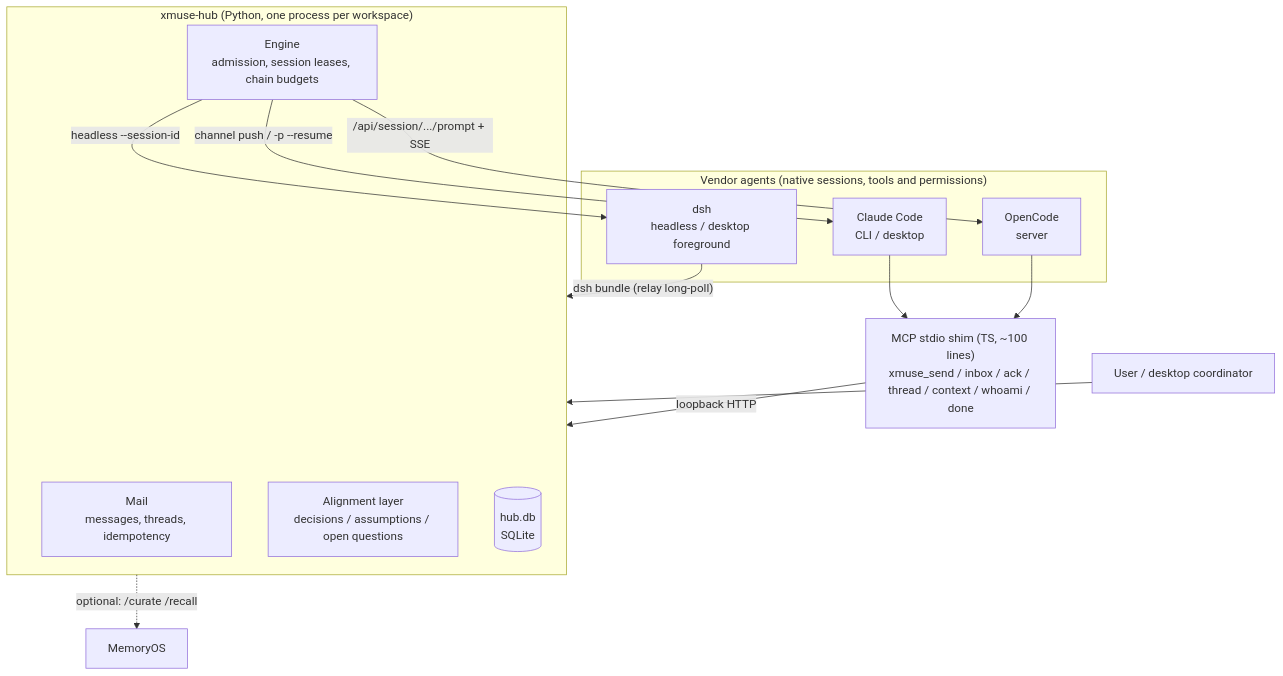
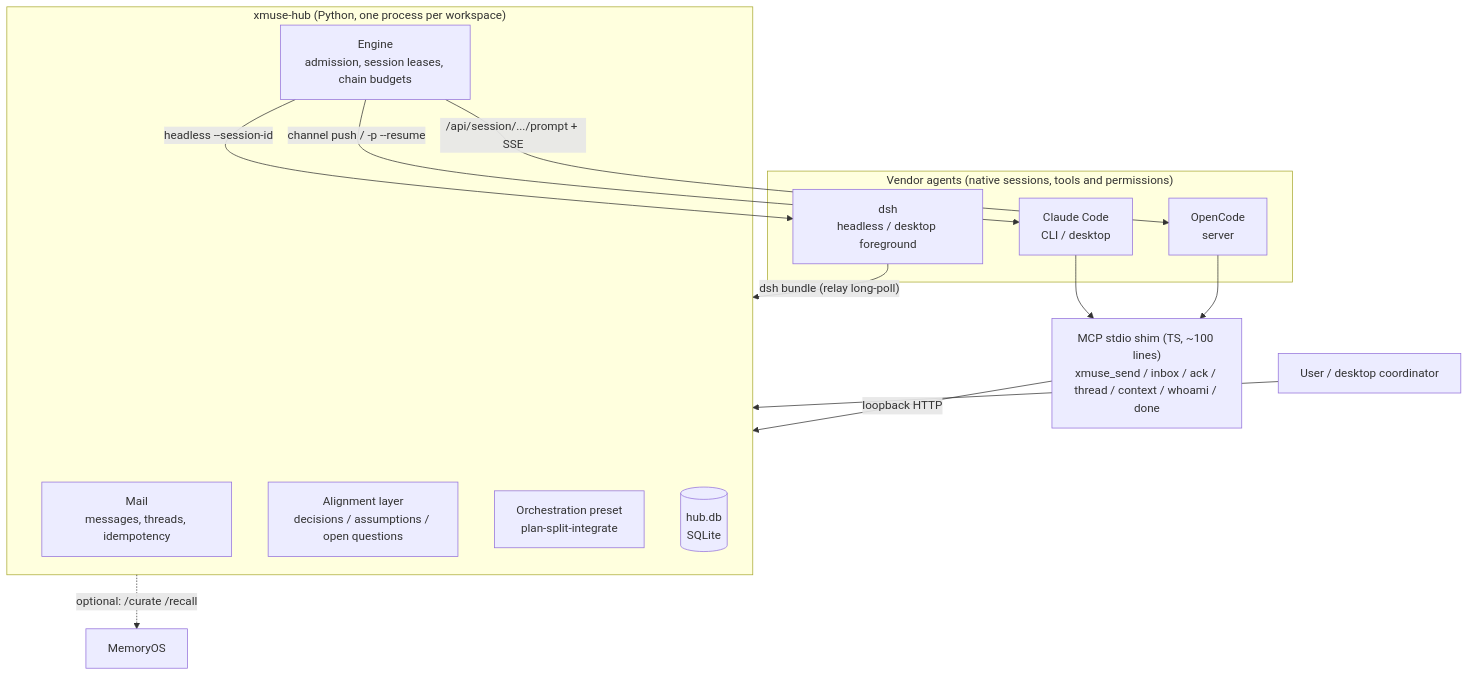
Before and after one commit to iiyazu/Cross-Muse: the diagram in README.en.md, drawn with Mermaid. The commit also changed other lines of this file and 1 other file, not shown here.

````diff
--- a/README.en.md
+++ b/README.en.md
@@ -15,23 +15,24 @@
 ```mermaid
 flowchart TB
   subgraph Agents["Vendor agents (native sessions, tools and permissions)"]
     CC["Claude Code<br/>CLI / desktop"]
     OC["OpenCode<br/>server"]
     DSH["dsh<br/>headless / desktop foreground"]
   end
   SHIM["MCP stdio shim (TS, ~100 lines)<br/>xmuse_send / inbox / ack / thread / context / whoami / done"]
   CC & OC --> SHIM
   DSH -->|"dsh bundle (relay long-poll)"| HUB
   SHIM -->|"loopback HTTP"| HUB
   subgraph HUB["xmuse-hub (Python, one process per workspace)"]
     MAIL["Mail<br/>messages, threads, idempotency"]
     ENG["Engine<br/>admission, session leases, chain budgets"]
     ALIGN["Alignment layer<br/>decisions / assumptions / open questions"]
+    PRE["Orchestration preset<br/>plan-split-integrate"]
     DB[("hub.db<br/>SQLite")]
   end
   ENG -->|"channel push / -p --resume"| CC
   ENG -->|"/api/session/.../prompt + SSE"| OC
   ENG -->|"headless --session-id"| DSH
   HUB -.->|"optional: /curate /recall"| MO["MemoryOS"]
   USER["User / desktop coordinator"] --> HUB
 ```
````
